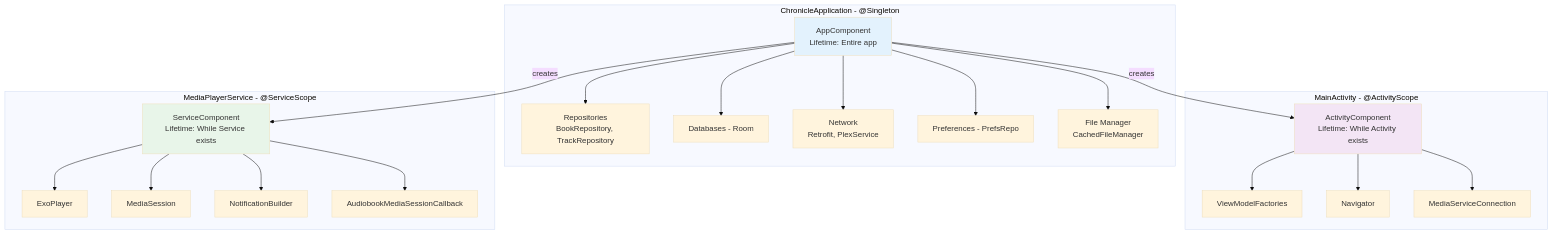
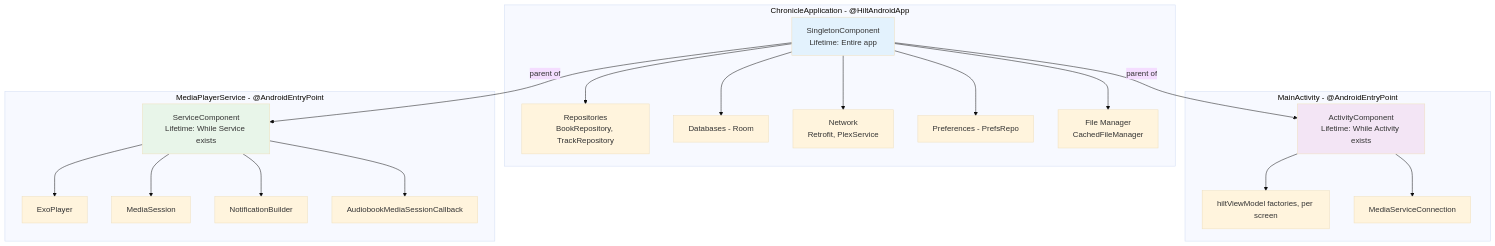
Before and after one commit to alebianco/chronicle: the third of 8 diagrams in backlog/docs/reference/07-visual-guide.md, drawn with Mermaid (base theme). The commit also changed other lines of this file and 73 other files, not shown here.

````diff
--- a/backlog/docs/reference/07-visual-guide.md
+++ b/backlog/docs/reference/07-visual-guide.md
@@ -89,45 +93,43 @@
 ```mermaid
 graph TB
-    subgraph "ChronicleApplication - @Singleton"
-        A[AppComponent<br/>Lifetime: Entire app]
+    subgraph "ChronicleApplication - @HiltAndroidApp"
+        A[SingletonComponent<br/>Lifetime: Entire app]
         A1[Repositories<br/>BookRepository, TrackRepository]
         A2[Databases - Room]
         A3[Network<br/>Retrofit, PlexService]
         A4[Preferences - PrefsRepo]
         A5[File Manager<br/>CachedFileManager]
         A --> A1
         A --> A2
         A --> A3
         A --> A4
         A --> A5
     end
     
-    subgraph "MainActivity - @ActivityScope"
+    subgraph "MainActivity - @AndroidEntryPoint"
         B[ActivityComponent<br/>Lifetime: While Activity exists]
-        B1[ViewModelFactories]
-        B2[Navigator]
-        B3[MediaServiceConnection]
+        B1[hiltViewModel factories, per screen]
+        B2[MediaServiceConnection]
         B --> B1
         B --> B2
-        B --> B3
     end
     
-    subgraph "MediaPlayerService - @ServiceScope"
+    subgraph "MediaPlayerService - @AndroidEntryPoint"
         C[ServiceComponent<br/>Lifetime: While Service exists]
         C1[ExoPlayer]
         C2[MediaSession]
         C3[NotificationBuilder]
         C4[AudiobookMediaSessionCallback]
         C --> C1
         C --> C2
         C --> C3
         C --> C4
     end
     
-    A -->|creates| B
-    A -->|creates| C
+    A -->|parent of| B
+    A -->|parent of| C
     
     style A fill:#e3f2fd
     style B fill:#f3e5f5
     style C fill:#e8f5e9
 ```
````
